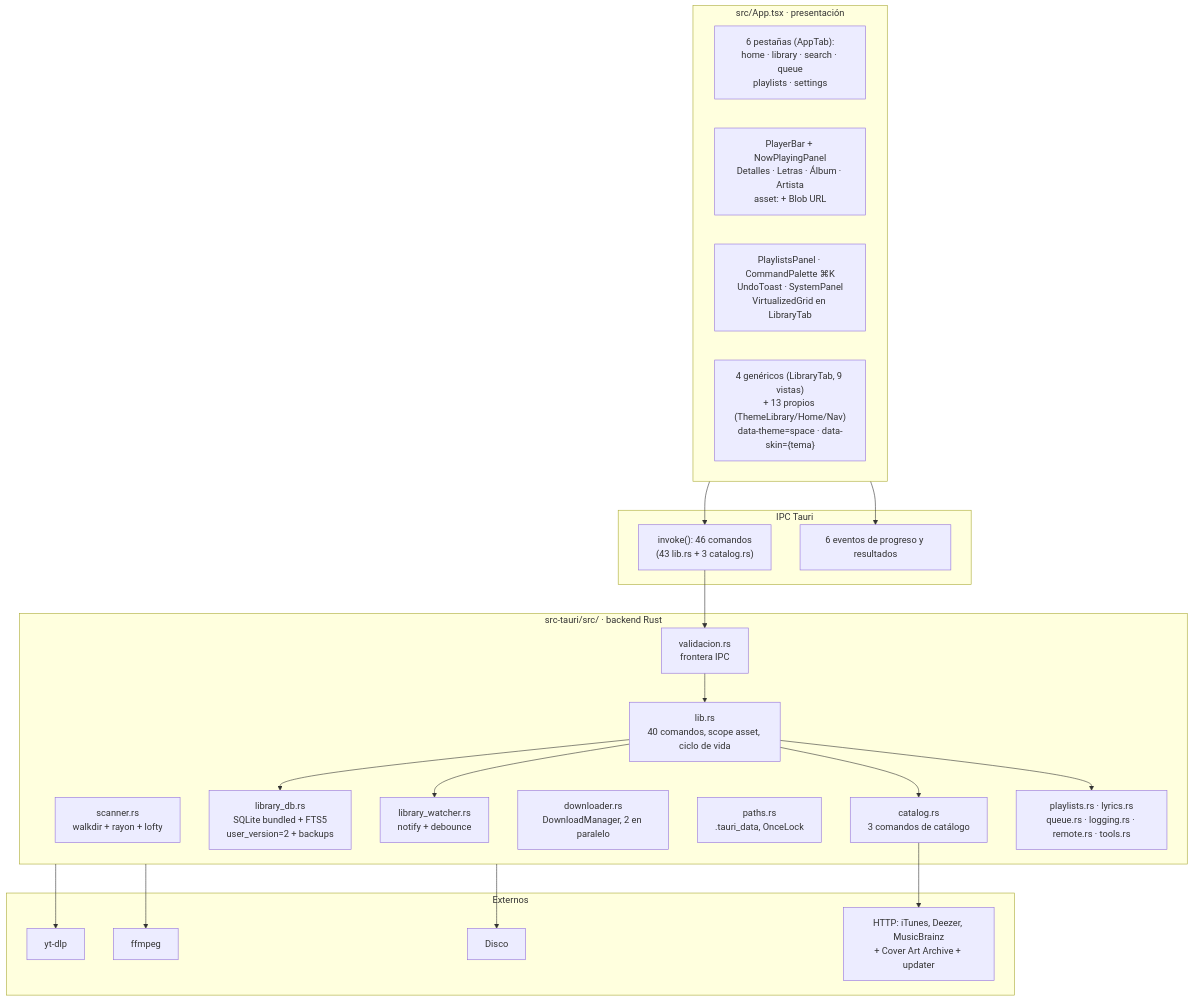
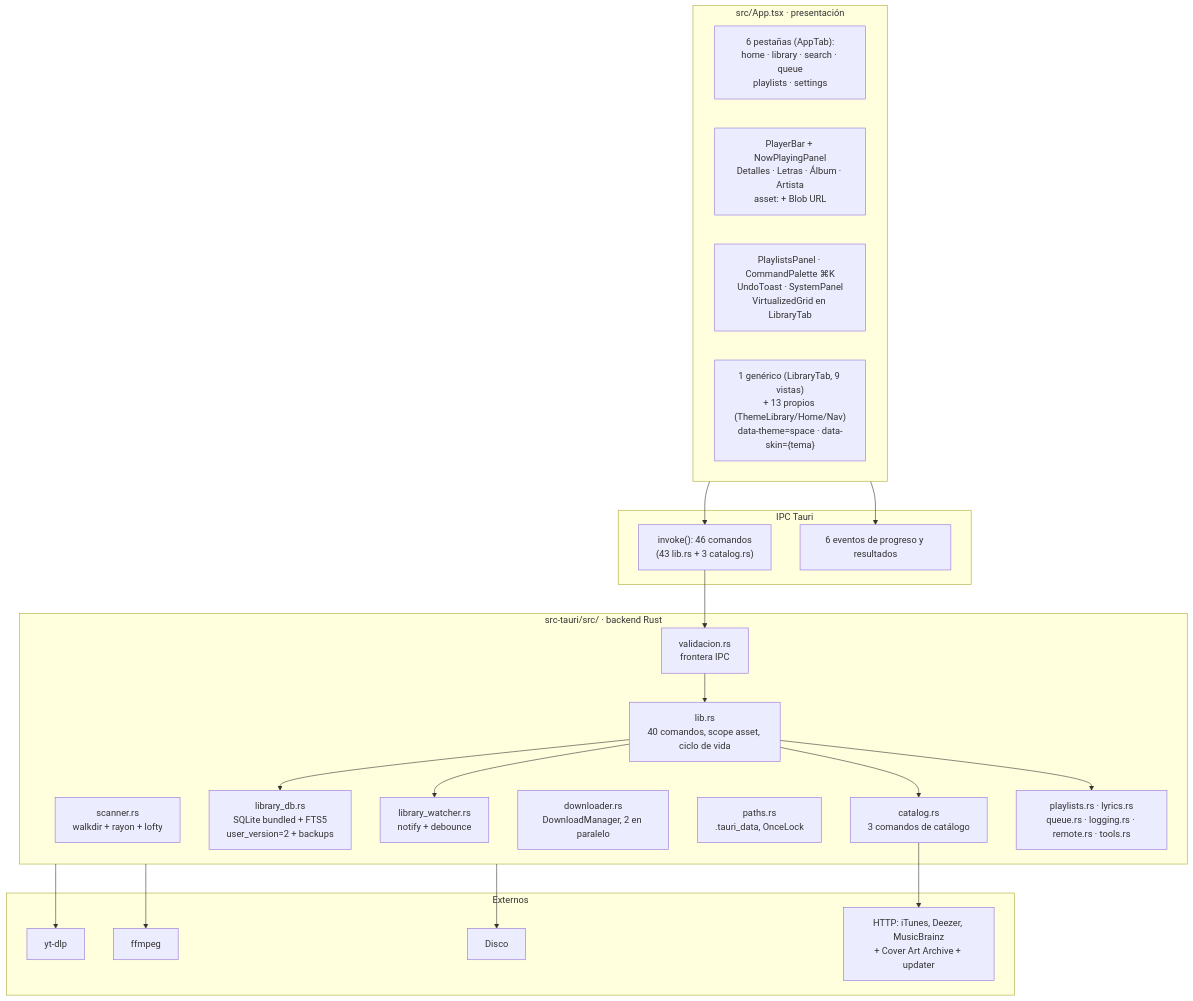
One commit to YordanoCS1/sakura-music changed the second of 5 diagrams in docs/arquitectura.md. Above: the diagram before and after it, drawn with Mermaid. The commit also changed other lines of this file and 29 other files, not shown here.

````diff
--- a/docs/arquitectura.md
+++ b/docs/arquitectura.md
@@ -28,46 +28,46 @@
 ```mermaid
 flowchart TB
     subgraph UI["src/App.tsx · presentación"]
         TABS["6 pestañas (AppTab):<br/>home · library · search · queue<br/>playlists · settings"]
         PLAYER["PlayerBar + NowPlayingPanel<br/>Detalles · Letras · Álbum · Artista<br/>asset: + Blob URL"]
         PANEL["PlaylistsPanel · CommandPalette ⌘K<br/>UndoToast · SystemPanel<br/>VirtualizedGrid en LibraryTab"]
-        THEME["4 genéricos (LibraryTab, 9 vistas)<br/>+ 13 propios (ThemeLibrary/Home/Nav)<br/>data-theme=space · data-skin={tema}"]
+        THEME["1 genérico (LibraryTab, 9 vistas)<br/>+ 13 propios (ThemeLibrary/Home/Nav)<br/>data-theme=space · data-skin={tema}"]
     end
 
     subgraph IPC["IPC Tauri"]
         CMD["invoke(): 46 comandos<br/>(43 lib.rs + 3 catalog.rs)"]
         EVT["6 eventos de progreso y resultados"]
     end
 
     subgraph CORE["src-tauri/src/ · backend Rust"]
         SCAN["scanner.rs<br/>walkdir + rayon + lofty"]
         DB["library_db.rs<br/>SQLite bundled + FTS5<br/>user_version=2 + backups"]
         WATCH["library_watcher.rs<br/>notify + debounce"]
         DL["downloader.rs<br/>DownloadManager, 2 en paralelo"]
         PATH["paths.rs<br/>.tauri_data, OnceLock"]
         LIB["lib.rs<br/>40 comandos, scope asset, ciclo de vida"]
         CATALOG["catalog.rs<br/>3 comandos de catálogo"]
         VAL["validacion.rs<br/>frontera IPC"]
         PL["playlists.rs · lyrics.rs<br/>queue.rs · logging.rs · remote.rs · tools.rs"]
     end
 
     subgraph EXT["Externos"]
         YTDLP["yt-dlp"]
         FFMPEG["ffmpeg"]
         NET["HTTP: iTunes, Deezer, MusicBrainz<br/>+ Cover Art Archive + updater"]
         DISK["Disco"]
     end
 
     UI --> CMD
     UI --> EVT
     CMD --> VAL
     VAL --> LIB
     LIB --> DB
     LIB --> WATCH
     LIB --> CATALOG
     LIB --> PL
     CORE --> YTDLP
     CORE --> FFMPEG
     CATALOG --> NET
     CORE --> DISK
 ```
````
